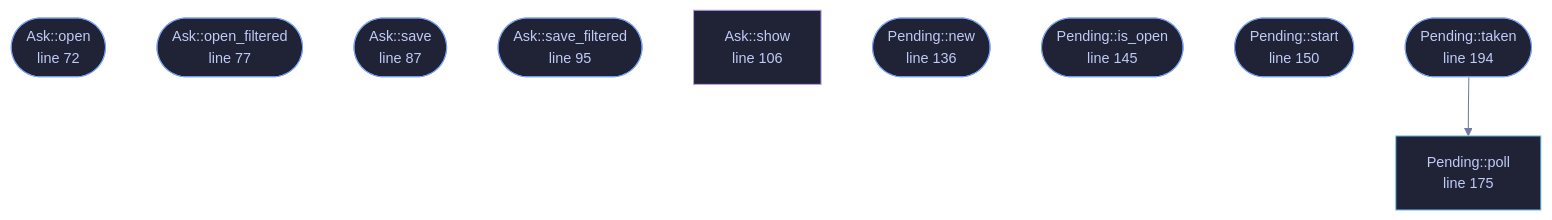
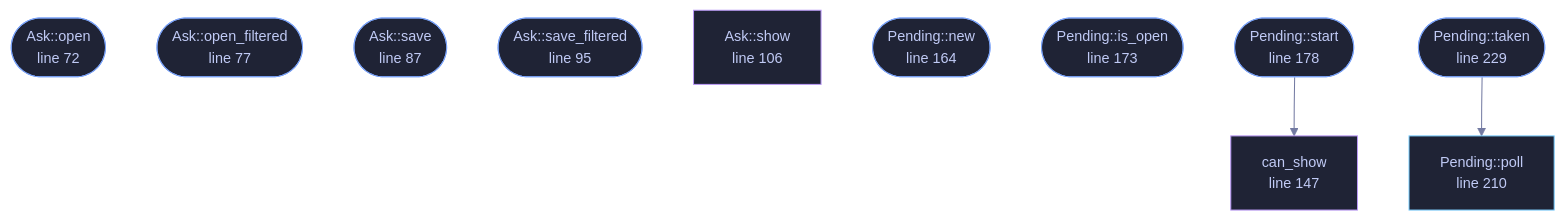
The diagram in docs/files/veilvoice-gui/dialog.md (tilas01/veilvoice), drawn with Mermaid before and after one commit. The commit also changed other lines of this file and 83 other files, not shown here.

````diff
--- a/docs/files/veilvoice-gui/dialog.md
+++ b/docs/files/veilvoice-gui/dialog.md
@@ -109,31 +110,34 @@
 ```mermaid
 %%{init: {"theme":"base","themeVariables":{"background":"#1a1b26","primaryColor":"#1f2335","primaryTextColor":"#c0caf5","primaryBorderColor":"#7aa2f7","secondaryColor":"#16161e","tertiaryColor":"#16161e","lineColor":"#737aa2","textColor":"#c0caf5","mainBkg":"#1f2335","nodeBorder":"#7aa2f7","clusterBkg":"#16161e","clusterBorder":"#2f3549","fontFamily":"ui-monospace, SFMono-Regular, Consolas, monospace","fontSize":"14px"}}}%%
 flowchart TD
     n_open(["Ask::open<br/>line 72"])
     n_open_filtered(["Ask::open_filtered<br/>line 77"])
     n_save(["Ask::save<br/>line 87"])
     n_save_filtered(["Ask::save_filtered<br/>line 95"])
     n_show["Ask::show<br/>line 106"]
-    n_new(["Pending::new<br/>line 136"])
-    n_is_open(["Pending::is_open<br/>line 145"])
-    n_start(["Pending::start<br/>line 150"])
-    n_poll["Pending::poll<br/>line 175"]
-    n_taken(["Pending::taken<br/>line 194"])
+    n_can_show["can_show<br/>line 147"]
+    n_new(["Pending::new<br/>line 164"])
+    n_is_open(["Pending::is_open<br/>line 173"])
+    n_start(["Pending::start<br/>line 178"])
+    n_poll["Pending::poll<br/>line 210"]
+    n_taken(["Pending::taken<br/>line 229"])
+    n_start --> n_can_show
     n_taken --> n_poll
     click n_open href "https://github.com/tilas01/veilvoice/blob/main/crates/veilvoice-gui/src/dialog.rs#L72" "open the source"
     click n_open_filtered href "https://github.com/tilas01/veilvoice/blob/main/crates/veilvoice-gui/src/dialog.rs#L77" "open the source"
     click n_save href "https://github.com/tilas01/veilvoice/blob/main/crates/veilvoice-gui/src/dialog.rs#L87" "open the source"
     click n_save_filtered href "https://github.com/tilas01/veilvoice/blob/main/crates/veilvoice-gui/src/dialog.rs#L95" "open the source"
     click n_show href "https://github.com/tilas01/veilvoice/blob/main/crates/veilvoice-gui/src/dialog.rs#L106" "open the source"
-    click n_new href "https://github.com/tilas01/veilvoice/blob/main/crates/veilvoice-gui/src/dialog.rs#L136" "open the source"
-    click n_is_open href "https://github.com/tilas01/veilvoice/blob/main/crates/veilvoice-gui/src/dialog.rs#L145" "open the source"
-    click n_start href "https://github.com/tilas01/veilvoice/blob/main/crates/veilvoice-gui/src/dialog.rs#L150" "open the source"
-    click n_poll href "https://github.com/tilas01/veilvoice/blob/main/crates/veilvoice-gui/src/dialog.rs#L175" "open the source"
-    click n_taken href "https://github.com/tilas01/veilvoice/blob/main/crates/veilvoice-gui/src/dialog.rs#L194" "open the source"
+    click n_can_show href "https://github.com/tilas01/veilvoice/blob/main/crates/veilvoice-gui/src/dialog.rs#L147" "open the source"
+    click n_new href "https://github.com/tilas01/veilvoice/blob/main/crates/veilvoice-gui/src/dialog.rs#L164" "open the source"
+    click n_is_open href "https://github.com/tilas01/veilvoice/blob/main/crates/veilvoice-gui/src/dialog.rs#L173" "open the source"
+    click n_start href "https://github.com/tilas01/veilvoice/blob/main/crates/veilvoice-gui/src/dialog.rs#L178" "open the source"
+    click n_poll href "https://github.com/tilas01/veilvoice/blob/main/crates/veilvoice-gui/src/dialog.rs#L210" "open the source"
+    click n_taken href "https://github.com/tilas01/veilvoice/blob/main/crates/veilvoice-gui/src/dialog.rs#L229" "open the source"
     classDef entry fill:#1f2335,stroke:#7aa2f7,color:#c0caf5
     class n_open,n_open_filtered,n_save,n_save_filtered,n_new,n_is_open,n_start,n_taken entry
     classDef api fill:#1f2335,stroke:#7dcfff,color:#c0caf5
     class n_poll api
     classDef helper fill:#1f2335,stroke:#bb9af7,color:#c0caf5
-    class n_show helper
+    class n_show,n_can_show helper
 ```
````
